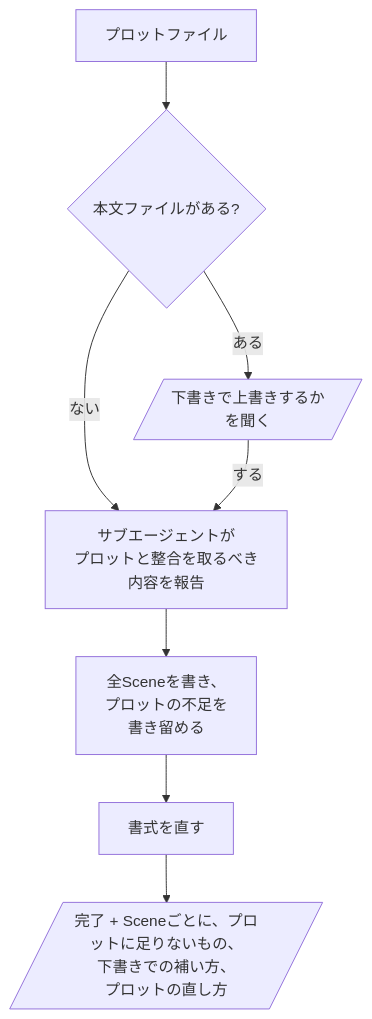
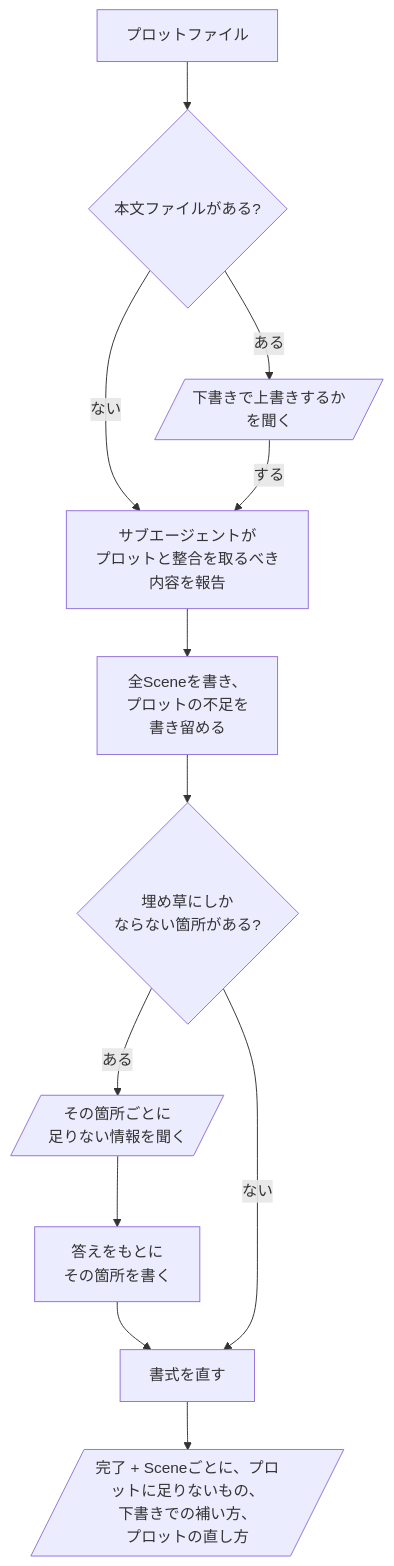
One commit to omni-stove/skill-kit changed the diagram in domains/story/skills/draft/README.ja.md. Above: the diagram before and after it, drawn with Mermaid. The commit also changed 7 other files, not shown here.

````diff
--- a/domains/story/skills/draft/README.ja.md
+++ b/domains/story/skills/draft/README.ja.md
@@ -7,10 +7,14 @@
 ```mermaid
 flowchart TD
   input[プロットファイル] --> exists{本文ファイルがある?}
   exists -- "ある" --> ask[/下書きで上書きするか<br/>を聞く/]
   exists -- "ない" --> agent
   ask -- "する" --> agent[サブエージェントが<br/>プロットと整合を取るべき<br/>内容を報告]
   agent --> write[全Sceneを書き、<br/>プロットの不足を<br/>書き留める]
-  write --> format[書式を直す]
+  write --> gap{埋め草にしか<br/>ならない箇所がある?}
+  gap -- "ある" --> need[/その箇所ごとに<br/>足りない情報を聞く/]
+  need --> fill[答えをもとに<br/>その箇所を書く]
+  fill --> format
+  gap -- "ない" --> format[書式を直す]
   format --> done[/"完了 + Sceneごとに、プロットに足りないもの、<br/>下書きでの補い方、<br/>プロットの直し方"/]
 ```
````
